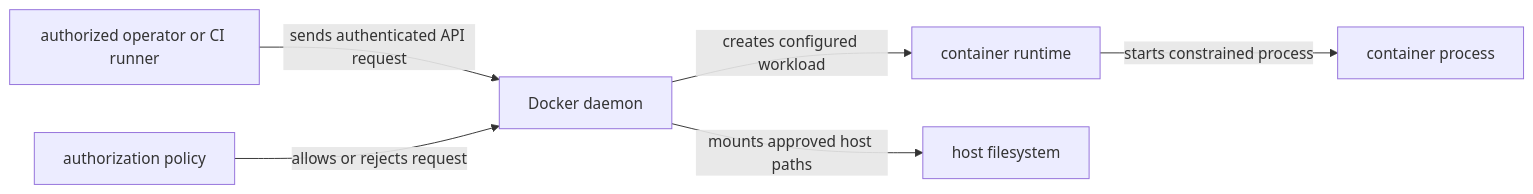
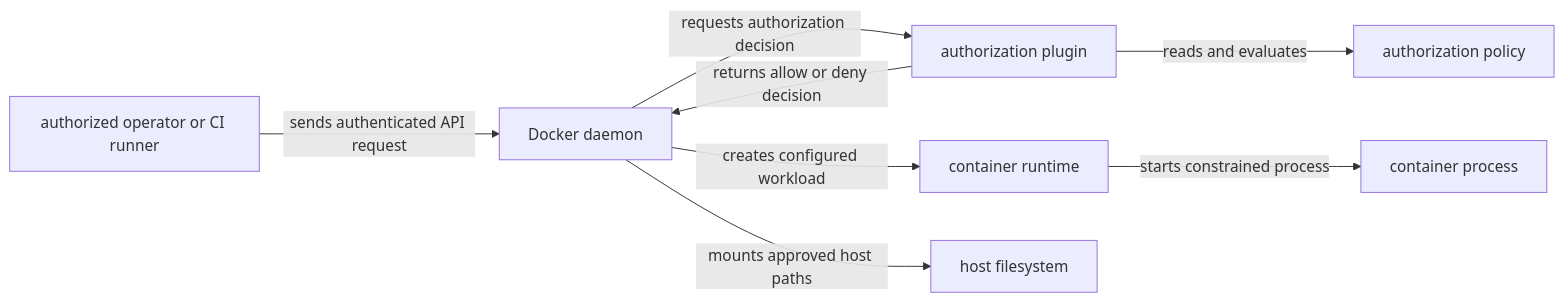
One commit to liufashi-Mr/cloud-native-docs changed the diagram in docs/docker-oci/operations/security.md. Above: the diagram before and after it, drawn with Mermaid. The commit also changed 3 other files, not shown here.

````diff
--- a/docs/docker-oci/operations/security.md
+++ b/docs/docker-oci/operations/security.md
@@ -9,8 +9,10 @@
 ```mermaid
 flowchart LR
   U["authorized operator or CI runner"] -->|sends authenticated API request| D["Docker daemon"]
+  D -->|requests authorization decision| Z["authorization plugin"]
+  Z -->|returns allow or deny decision| D
+  Z -->|reads and evaluates| A["authorization policy"]
   D -->|creates configured workload| R["container runtime"]
   R -->|starts constrained process| P["container process"]
   D -->|mounts approved host paths| H["host filesystem"]
-  A["authorization policy"] -->|allows or rejects request| D
 ```
````
